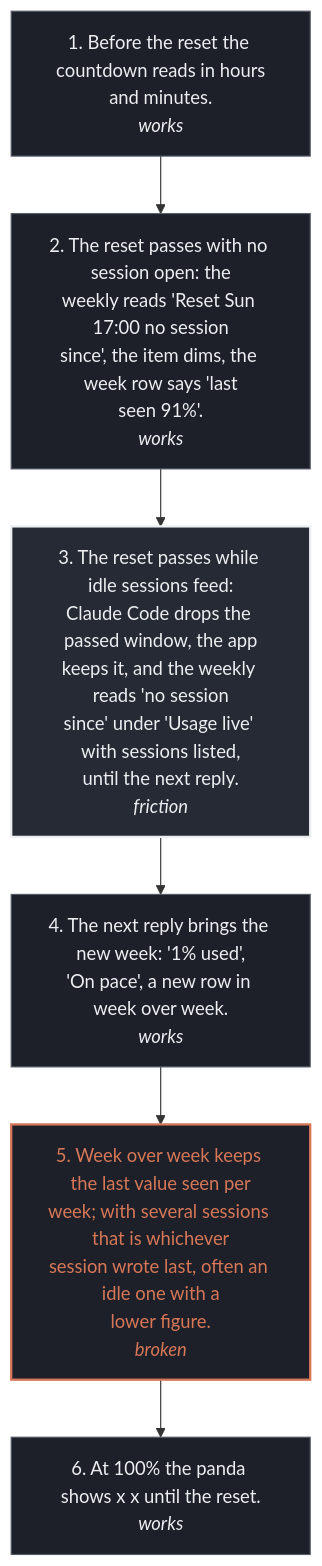
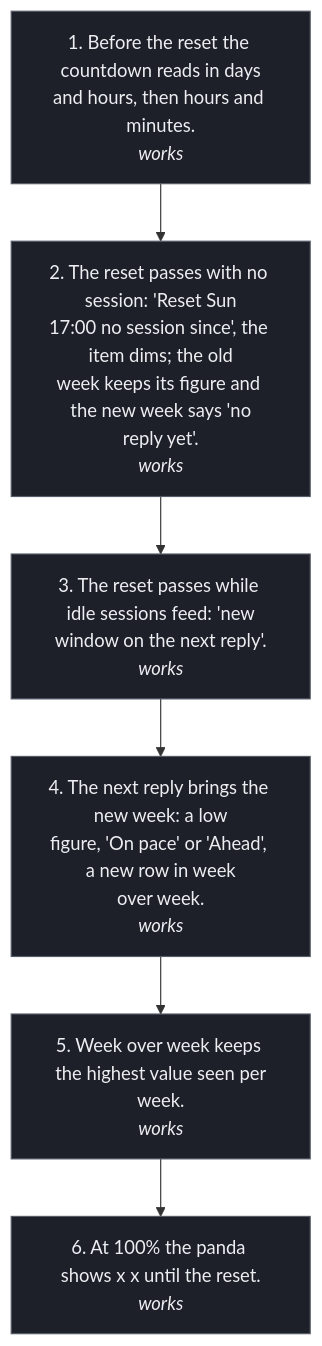
Before and after one commit to tokenpandadev/tokenpanda-app: the diagram in design/wireframes/flows/06-weekly-reset.mmd, drawn with Mermaid. The commit also changed 35 other files, not shown here.

```diff
--- a/design/wireframes/flows/06-weekly-reset.mmd
+++ b/design/wireframes/flows/06-weekly-reset.mmd
@@ -1,15 +1,16 @@
 flowchart TD
   classDef works fill:#1d2029,stroke:#555b68,color:#eceef1;
   classDef friction fill:#262a34,stroke:#eceef1,stroke-width:2px,color:#eceef1;
   classDef broken fill:#1d2029,stroke:#d77757,stroke-width:2px,color:#d77757;
-  S1["1. Before the reset the countdown reads in hours<br/>and minutes.<br/><i>works</i>"]:::works
-  S2["2. The reset passes with no session open: the<br/>weekly reads 'Reset Sun 17:00 no session<br/>since', the item dims, the week row says 'last<br/>seen 91%'.<br/><i>works</i>"]:::works
-  S3["3. The reset passes while idle sessions feed:<br/>Claude Code drops the passed window, the app<br/>keeps it, and the weekly reads 'no session<br/>since' under 'Usage live' with sessions listed,<br/>until the next reply.<br/><i>friction</i>"]:::friction
-  S4["4. The next reply brings the new week: '1% used',<br/>'On pace', a new row in week over week.<br/><i>works</i>"]:::works
-  S5["5. Week over week keeps the last value seen per<br/>week; with several sessions that is whichever<br/>session wrote last, often an idle one with a<br/>lower figure.<br/><i>broken</i>"]:::broken
+  classDef byhand fill:#1d2029,stroke:#eceef1,stroke-width:1px,stroke-dasharray:4 3,color:#eceef1;
+  S1["1. Before the reset the countdown reads in days<br/>and hours, then hours and minutes.<br/><i>works</i>"]:::works
+  S2["2. The reset passes with no session: 'Reset Sun<br/>17:00 no session since', the item dims; the old<br/>week keeps its figure and the new week says 'no<br/>reply yet'.<br/><i>works</i>"]:::works
+  S3["3. The reset passes while idle sessions feed: 'new<br/>window on the next reply'.<br/><i>works</i>"]:::works
+  S4["4. The next reply brings the new week: a low<br/>figure, 'On pace' or 'Ahead', a new row in week<br/>over week.<br/><i>works</i>"]:::works
+  S5["5. Week over week keeps the highest value seen per<br/>week.<br/><i>works</i>"]:::works
   S6["6. At 100% the panda shows x x until the reset.<br/><i>works</i>"]:::works
   S1 --> S2
   S2 --> S3
   S3 --> S4
   S4 --> S5
   S5 --> S6
```
